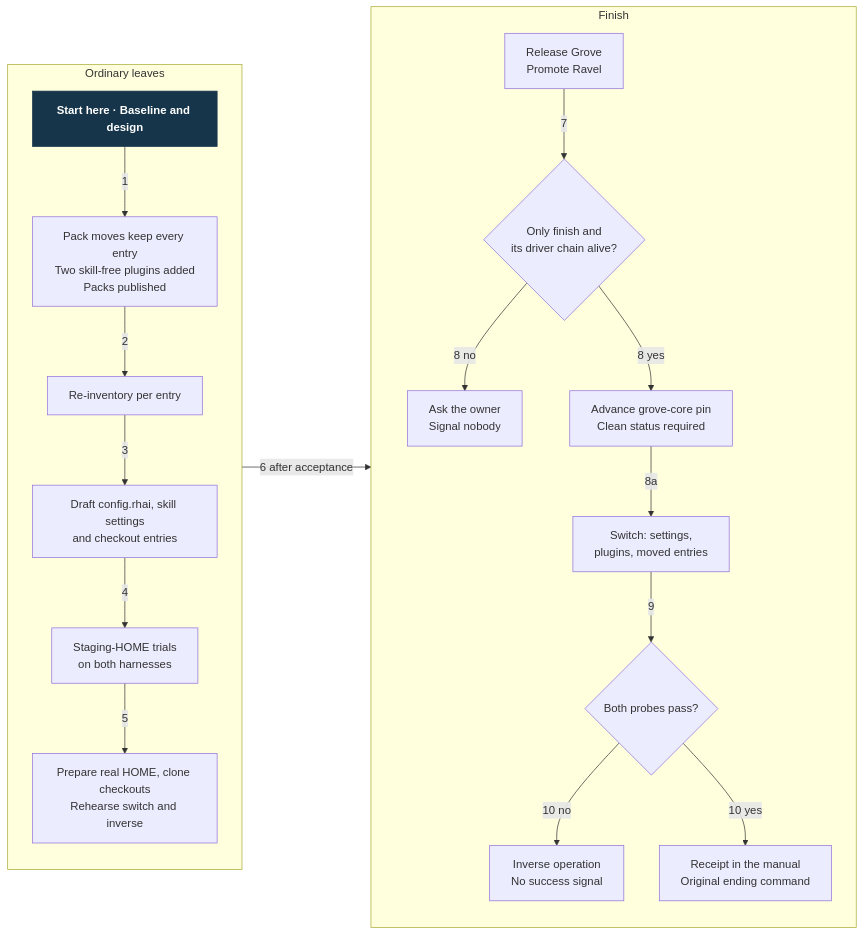
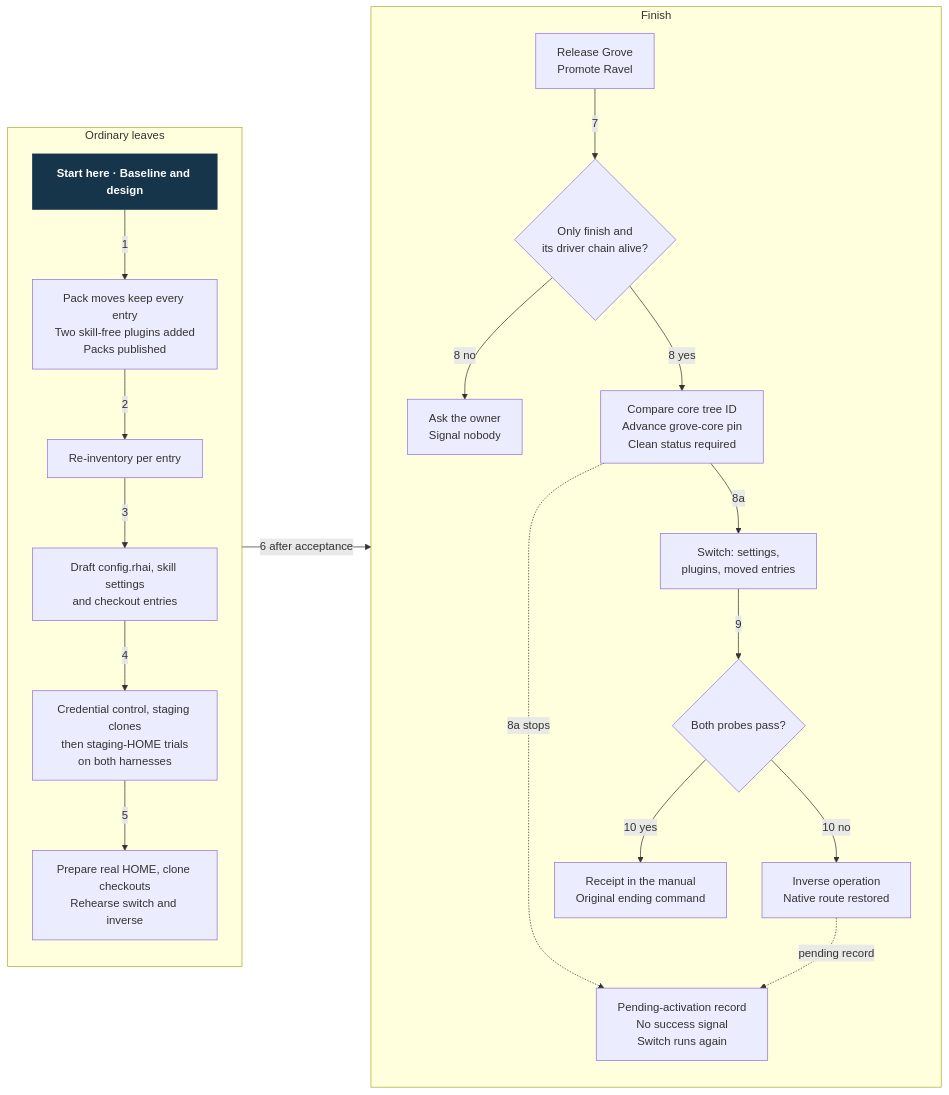
One commit to Linkuistics/grove changed the diagram in docs/design/harness-selection-and-execution/owner-cutover.mmd. Above: the diagram before and after it, drawn with Mermaid. The commit also changed 15 other files, not shown here.

```diff
--- a/docs/design/harness-selection-and-execution/owner-cutover.mmd
+++ b/docs/design/harness-selection-and-execution/owner-cutover.mmd
@@ -1,36 +1,39 @@
 flowchart LR
     subgraph prep["Ordinary leaves"]
         direction TB
         A["Start here · Baseline and design"]
         B["Pack moves keep every entry<br/>Two skill-free plugins added<br/>Packs published"]
         C["Re-inventory per entry"]
         D["Draft config.rhai, skill settings<br/>and checkout entries"]
-        E["Staging-HOME trials<br/>on both harnesses"]
+        E["Credential control, staging clones<br/>then staging-HOME trials<br/>on both harnesses"]
         F["Prepare real HOME, clone checkouts<br/>Rehearse switch and inverse"]
         A -->|1| B
         B -->|2| C
         C -->|3| D
         D -->|4| E
         E -->|5| F
     end
     subgraph fin["Finish"]
         direction TB
         G["Release Grove<br/>Promote Ravel"]
         H{"Only finish and<br/>its driver chain alive?"}
         I["Ask the owner<br/>Signal nobody"]
-        P["Advance grove-core pin<br/>Clean status required"]
+        P["Compare core tree ID<br/>Advance grove-core pin<br/>Clean status required"]
+        Q["Pending-activation record<br/>No success signal<br/>Switch runs again"]
         J["Switch: settings,<br/>plugins, moved entries"]
         K{"Both probes pass?"}
-        L["Inverse operation<br/>No success signal"]
+        L["Inverse operation<br/>Native route restored"]
         M["Receipt in the manual<br/>Original ending command"]
         G -->|7| H
         H -->|"8 no"| I
         H -->|"8 yes"| P
         P -->|"8a"| J
+        P -.->|"8a stops"| Q
         J -->|9| K
         K -->|"10 no"| L
+        L -.->|"pending record"| Q
         K -->|"10 yes"| M
     end
     prep -->|"6 after acceptance"| fin
     classDef start fill:#16354a,color:#fff,stroke:#16354a,font-weight:bold
     class A start
```
